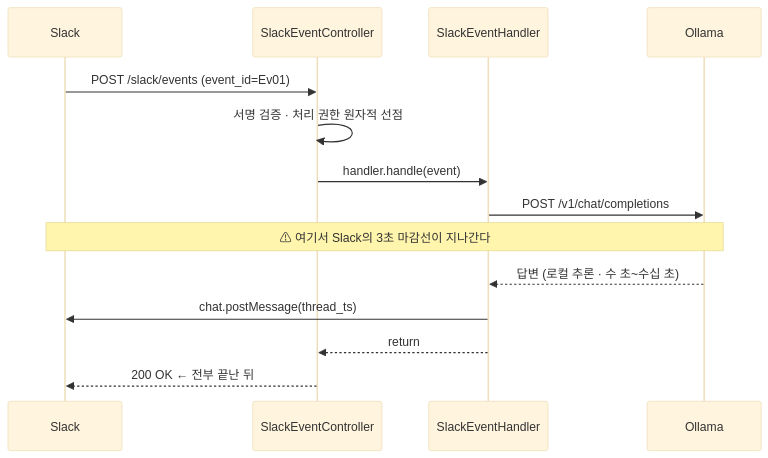
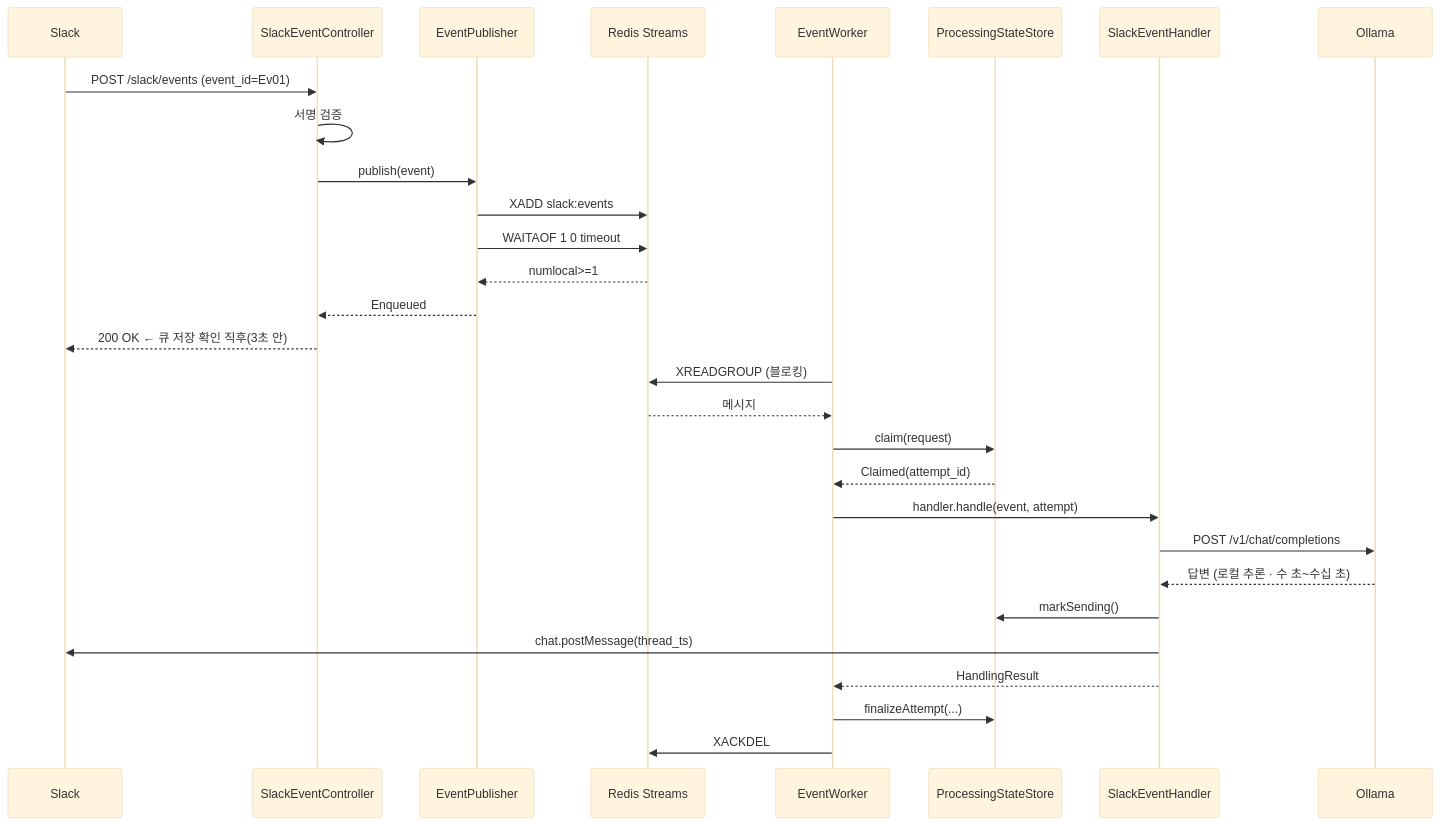
Before and after one commit to thrkrif/slack-lab: the third of 4 diagrams in .claude/docs/ARCHITECTURE.md, drawn with Mermaid (base theme). The commit also changed other lines of this file and 25 other files, not shown here.

````diff
--- a/.claude/docs/ARCHITECTURE.md
+++ b/.claude/docs/ARCHITECTURE.md
@@ -85,17 +130,33 @@
 ```mermaid
 sequenceDiagram
     participant S as Slack
     participant C as SlackEventController
+    participant P as EventPublisher
+    participant R as Redis Streams
+    participant W as EventWorker
+    participant ST as ProcessingStateStore
     participant H as SlackEventHandler
     participant O as Ollama
 
     S->>C: POST /slack/events (event_id=Ev01)
-    C->>C: 서명 검증 · 처리 권한 원자적 선점
-    C->>H: handler.handle(event)
+    C->>C: 서명 검증
+    C->>P: publish(event)
+    P->>R: XADD slack:events
+    P->>R: WAITAOF 1 0 timeout
+    R-->>P: numlocal>=1
+    P-->>C: Enqueued
+    C-->>S: 200 OK ← 큐 저장 확인 직후(3초 안)
+
+    W->>R: XREADGROUP (블로킹)
+    R-->>W: 메시지
+    W->>ST: claim(request)
+    ST-->>W: Claimed(attempt_id)
+    W->>H: handler.handle(event, attempt)
     H->>O: POST /v1/chat/completions
-    Note over S,O: ⚠ 여기서 Slack의 3초 마감선이 지나간다
     O-->>H: 답변 (로컬 추론 · 수 초~수십 초)
+    H->>ST: markSending()
     H->>S: chat.postMessage(thread_ts)
-    H-->>C: return
-    C-->>S: 200 OK ← 전부 끝난 뒤
+    H-->>W: HandlingResult
+    W->>ST: finalizeAttempt(...)
+    W->>R: XACKDEL
 ```
````
